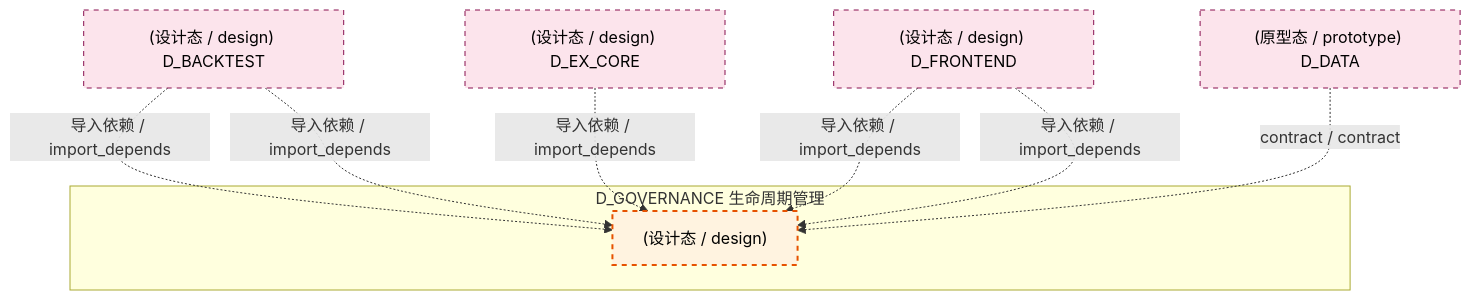
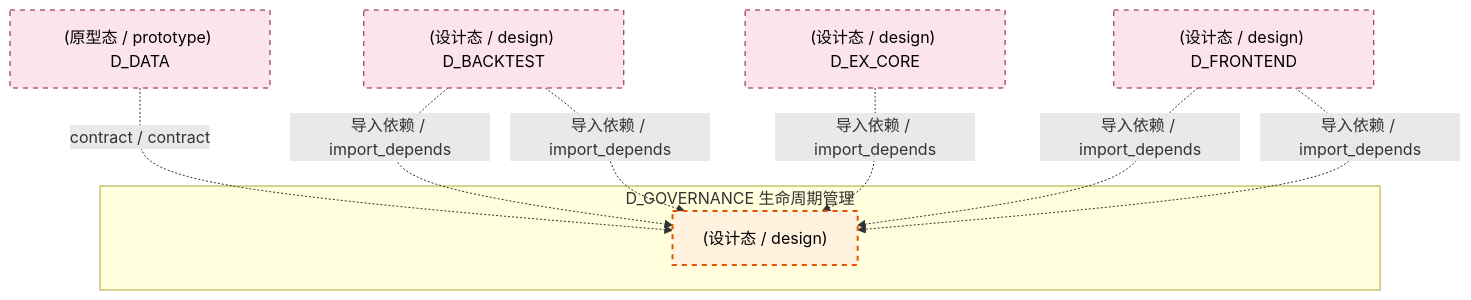
Before and after one commit to xuanFelixVan/ZephyrAlpha: the tenth of 12 diagrams in docs/02_enterprise_architecture/02_domain_architecture_docs/38_d_governance.md, drawn with Mermaid. The commit also changed other lines of this file and 94 other files, not shown here.

````diff
--- a/docs/02_enterprise_architecture/02_domain_architecture_docs/38_d_governance.md
+++ b/docs/02_enterprise_architecture/02_domain_architecture_docs/38_d_governance.md
@@ -1107,22 +1107,22 @@
 ```mermaid
 graph TD
     subgraph D_GOVERNANCE["D_GOVERNANCE 生命周期管理"]
         src_zephyr_governance_data_governance_miniqmt_provider_py["(设计态 / design) "]
     end
+    D_DATA["(原型态 / prototype) D_DATA"]
+    D_DATA -.->|contract / contract| src_zephyr_governance_data_governance_miniqmt_provider_py
     D_BACKTEST["(设计态 / design) D_BACKTEST"]
     D_BACKTEST -.->|导入依赖 / import_depends| src_zephyr_governance_data_governance_miniqmt_provider_py
     D_BACKTEST -.->|导入依赖 / import_depends| src_zephyr_governance_data_governance_miniqmt_provider_py
     D_EX_CORE["(设计态 / design) D_EX_CORE"]
     D_EX_CORE -.->|导入依赖 / import_depends| src_zephyr_governance_data_governance_miniqmt_provider_py
     D_FRONTEND["(设计态 / design) D_FRONTEND"]
     D_FRONTEND -.->|导入依赖 / import_depends| src_zephyr_governance_data_governance_miniqmt_provider_py
     D_FRONTEND -.->|导入依赖 / import_depends| src_zephyr_governance_data_governance_miniqmt_provider_py
-    D_DATA["(原型态 / prototype) D_DATA"]
-    D_DATA -.->|contract / contract| src_zephyr_governance_data_governance_miniqmt_provider_py
     classDef production fill:#e1f5fe,stroke:#01579b,stroke-width:2px,color:#000
     classDef design fill:#fff3e0,stroke:#e65100,stroke-width:2px,color:#000,stroke-dasharray: 5 5
     classDef external_prod fill:#e8f5e9,stroke:#1b5e20,stroke-width:1px,color:#000
     classDef external_design fill:#fce4ec,stroke:#880e4f,stroke-width:1px,color:#000,stroke-dasharray: 5 5
     class src_zephyr_governance_data_governance_miniqmt_provider_py design
-    class D_BACKTEST,D_EX_CORE,D_FRONTEND,D_DATA external_design
+    class D_DATA,D_BACKTEST,D_EX_CORE,D_FRONTEND external_design
 ```
````
